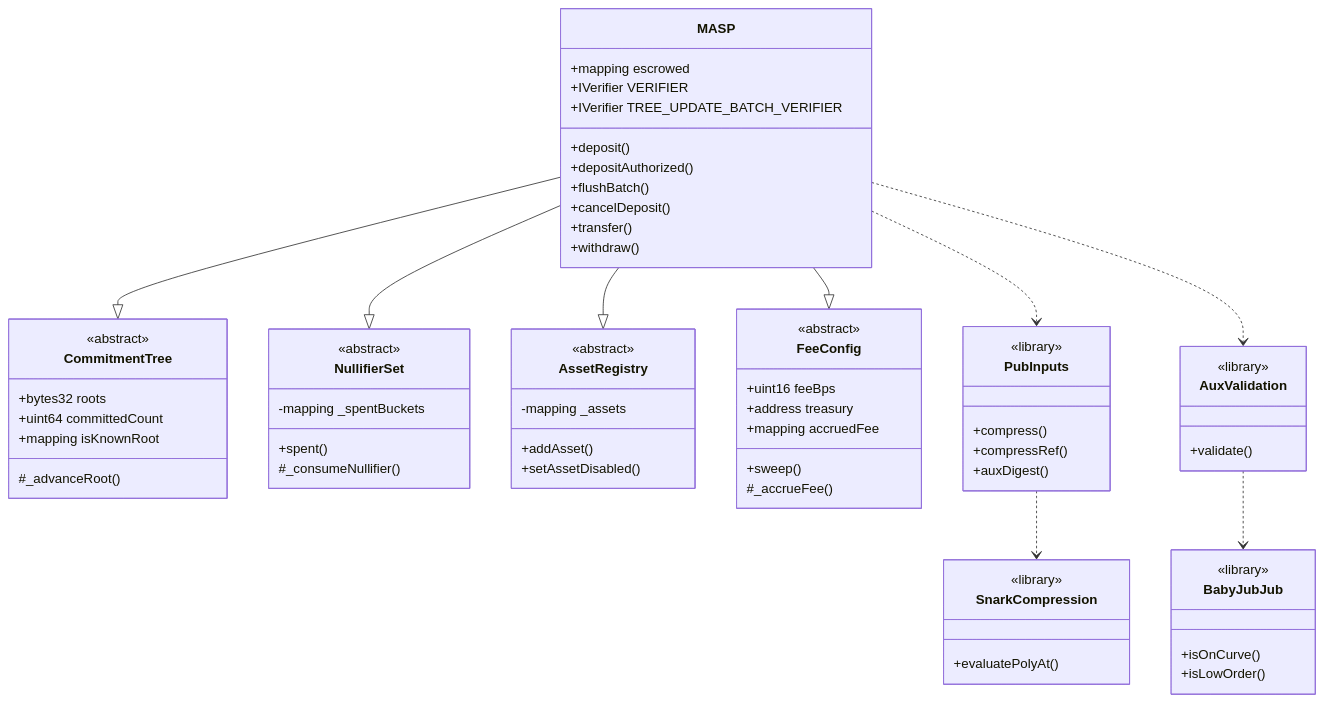
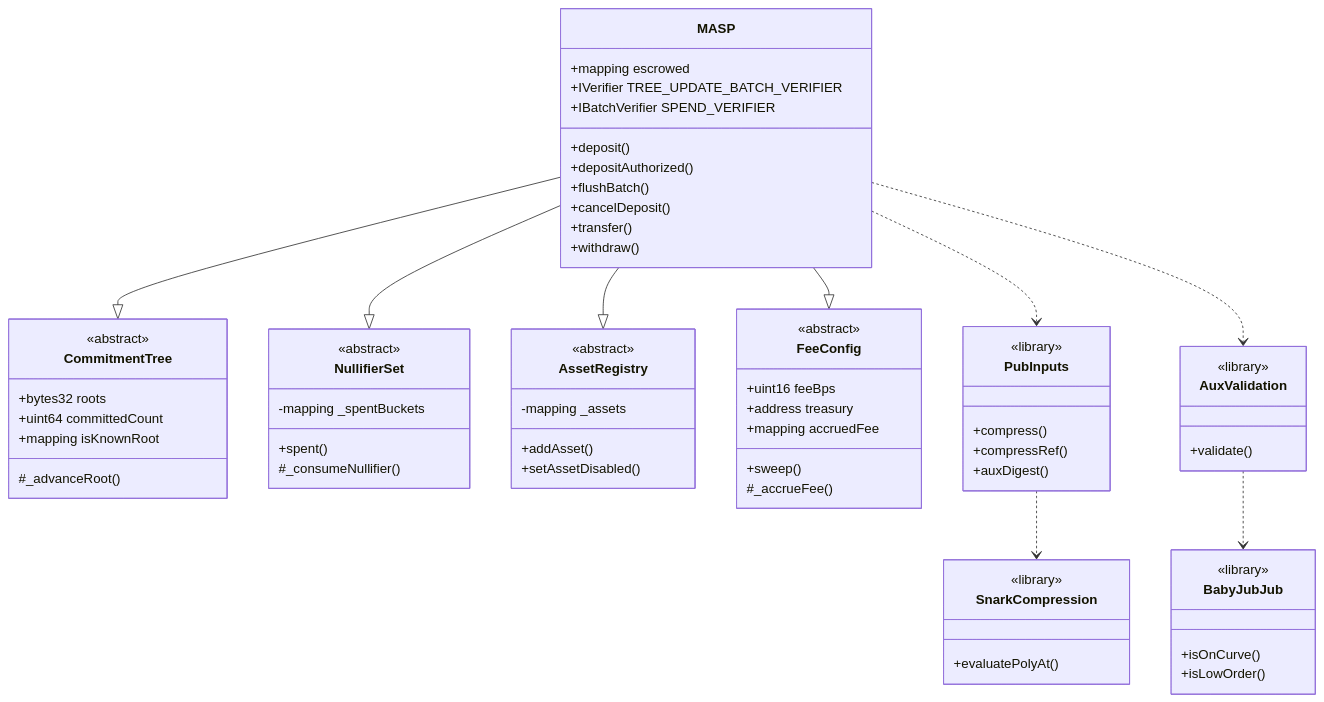
Before and after one commit to lelantos-org/contracts: the second of 10 diagrams in src/README.md, drawn with Mermaid. The commit also changed other lines of this file and 62 other files, not shown here.

````diff
--- a/src/README.md
+++ b/src/README.md
@@ -73,69 +75,69 @@
 ```mermaid
 classDiagram
   class MASP {
     +mapping escrowed
-    +IVerifier VERIFIER
     +IVerifier TREE_UPDATE_BATCH_VERIFIER
+    +IBatchVerifier SPEND_VERIFIER
     +deposit()
     +depositAuthorized()
     +flushBatch()
     +cancelDeposit()
     +transfer()
     +withdraw()
   }
   class CommitmentTree {
     <<abstract>>
     +bytes32 roots
     +uint64 committedCount
     +mapping isKnownRoot
     #_advanceRoot()
   }
   class NullifierSet {
     <<abstract>>
     -mapping _spentBuckets
     +spent()
     #_consumeNullifier()
   }
   class AssetRegistry {
     <<abstract>>
     -mapping _assets
     +addAsset()
     +setAssetDisabled()
   }
   class FeeConfig {
     <<abstract>>
     +uint16 feeBps
     +address treasury
     +mapping accruedFee
     +sweep()
     #_accrueFee()
   }
   class PubInputs {
     <<library>>
     +compress()
     +compressRef()
     +auxDigest()
   }
   class AuxValidation {
     <<library>>
     +validate()
   }
   class SnarkCompression {
     <<library>>
     +evaluatePolyAt()
   }
   class BabyJubJub {
     <<library>>
     +isOnCurve()
     +isLowOrder()
   }
 
   MASP --|> CommitmentTree
   MASP --|> NullifierSet
   MASP --|> AssetRegistry
   MASP --|> FeeConfig
   MASP ..> PubInputs
   MASP ..> AuxValidation
   PubInputs ..> SnarkCompression
   AuxValidation ..> BabyJubJub
 ```
````
